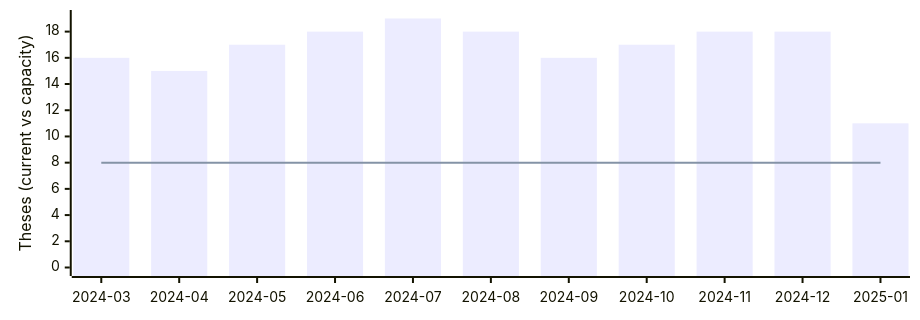
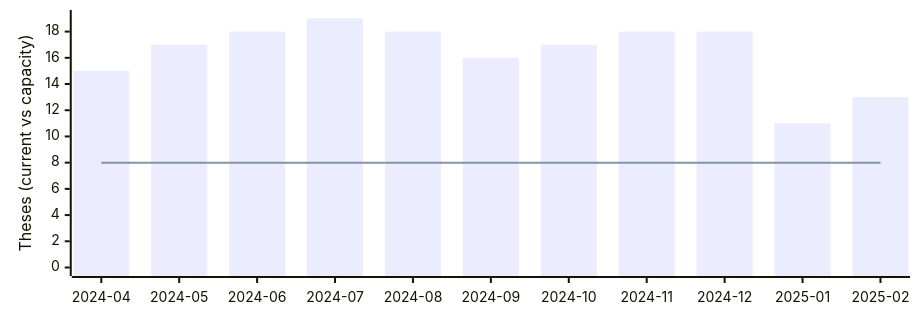
The diagram in _includes/availability.md (digital-work-lab/theses), drawn with Mermaid before and after one commit.

Commit message:
Update availability chart

````diff
--- a/_includes/availability.md
+++ b/_includes/availability.md
@@ -2,13 +2,13 @@
 ```mermaid
 ---
 config:
     xyChart:
         width: 900
         height: 300
 ---
 xychart-beta
-    x-axis [2024-03, 2024-04, 2024-05, 2024-06, 2024-07, 2024-08, 2024-09, 2024-10, 2024-11, 2024-12, 2025-01]
+    x-axis [2024-04, 2024-05, 2024-06, 2024-07, 2024-08, 2024-09, 2024-10, 2024-11, 2024-12, 2025-01, 2025-02]
     y-axis "Theses (current vs capacity)" 0 --> 19
-    bar [16, 15, 17, 18, 19, 18, 16, 17, 18, 18, 11]
+    bar [15, 17, 18, 19, 18, 16, 17, 18, 18, 11, 13]
     line [8, 8, 8, 8, 8, 8, 8, 8, 8, 8, 8]
 ```
````
